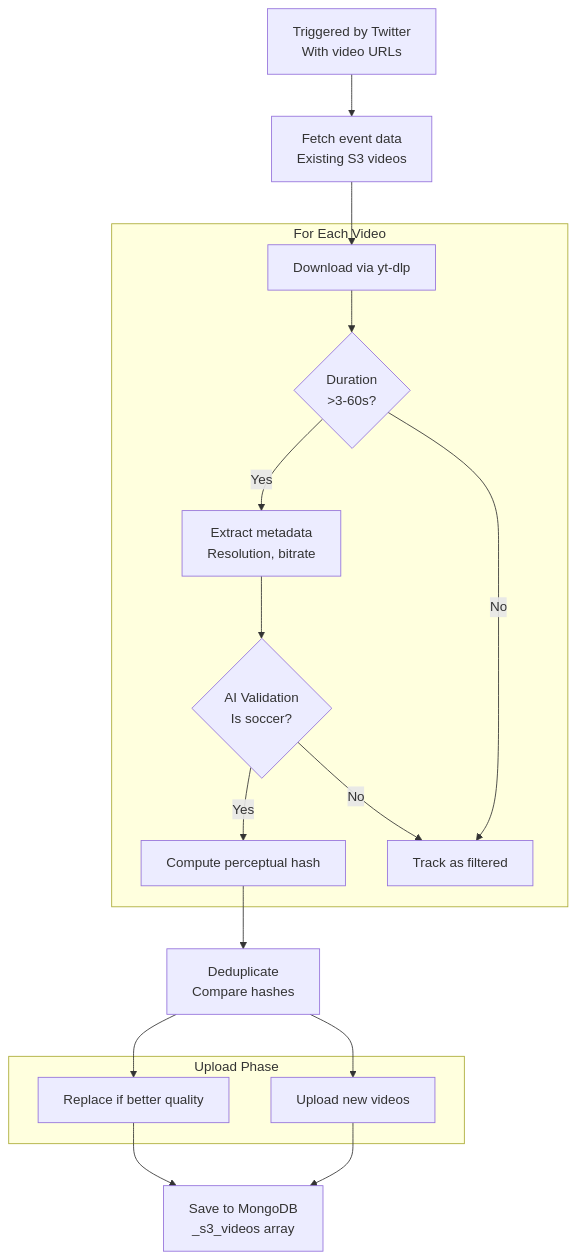
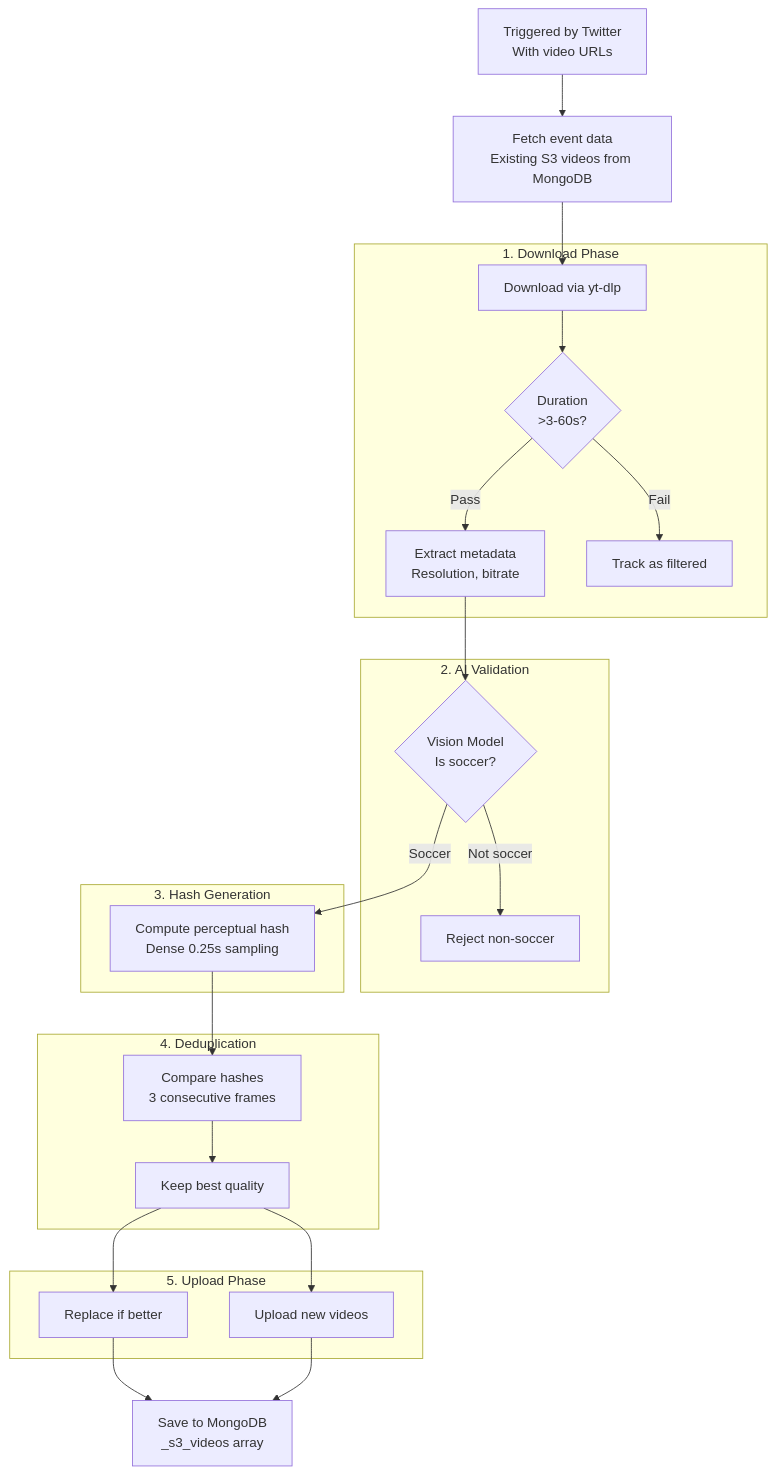
Diagram 13 of 13 in README.md (vedantadhobley/found-footy), drawn with Mermaid before and after one commit. The commit also changed other lines of this file and 6 other files, not shown here.

````diff
--- a/README.md
+++ b/README.md
@@ -571,34 +572,43 @@
 ```mermaid
 flowchart TB
     TRIGGER[Triggered by Twitter<br/>With video URLs]
     
-    FETCH[Fetch event data<br/>Existing S3 videos]
+    FETCH[Fetch event data<br/>Existing S3 videos from MongoDB]
     
-    subgraph EACH["For Each Video"]
+    subgraph DOWNLOAD["1. Download Phase"]
         DL[Download via yt-dlp]
         FILTER{Duration<br/>>3-60s?}
         META[Extract metadata<br/>Resolution, bitrate]
-        VALIDATE{AI Validation<br/>Is soccer?}
-        HASH[Compute perceptual hash]
         FILTERED[Track as filtered]
     end
     
-    DEDUP[Deduplicate<br/>Compare hashes]
+    subgraph VALIDATE["2. AI Validation"]
+        AI{Vision Model<br/>Is soccer?}
+        REJECT[Reject non-soccer]
+    end
     
-    subgraph UPLOAD["Upload Phase"]
-        REPLACE[Replace if better quality]
+    subgraph HASH["3. Hash Generation"]
+        PHASH[Compute perceptual hash<br/>Dense 0.25s sampling]
+    end
+    
+    subgraph DEDUP["4. Deduplication"]
+        COMPARE[Compare hashes<br/>3 consecutive frames]
+        QUALITY[Keep best quality]
+    end
+    
+    subgraph UPLOAD["5. Upload Phase"]
+        REPLACE[Replace if better]
         NEW[Upload new videos]
     end
     
     SAVE[Save to MongoDB<br/>_s3_videos array]
     
     TRIGGER --> FETCH --> DL
     DL --> FILTER
-    FILTER -->|Yes| META --> VALIDATE
-    VALIDATE -->|Yes| HASH
-    VALIDATE -->|No| FILTERED
-    FILTER -->|No| FILTERED
-    HASH --> DEDUP
-    DEDUP --> REPLACE & NEW
-    REPLACE & NEW --> SAVE
+    FILTER -->|Pass| META --> AI
+    FILTER -->|Fail| FILTERED
+    AI -->|Soccer| PHASH
+    AI -->|Not soccer| REJECT
+    PHASH --> COMPARE --> QUALITY
+    QUALITY --> REPLACE & NEW --> SAVE
 ```
````
